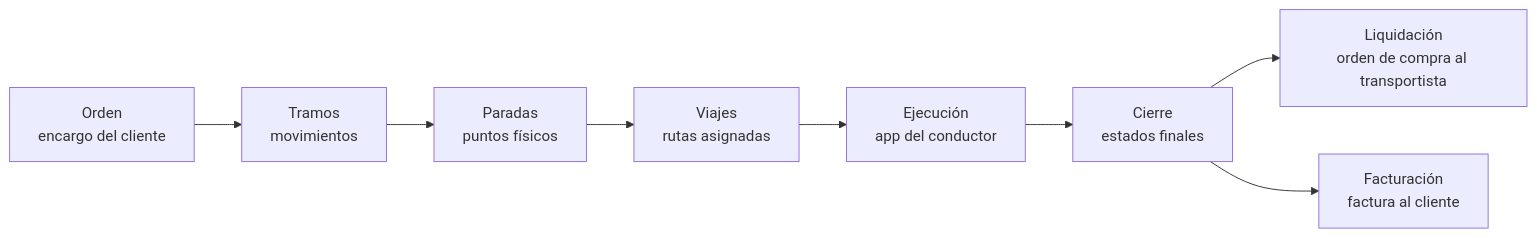
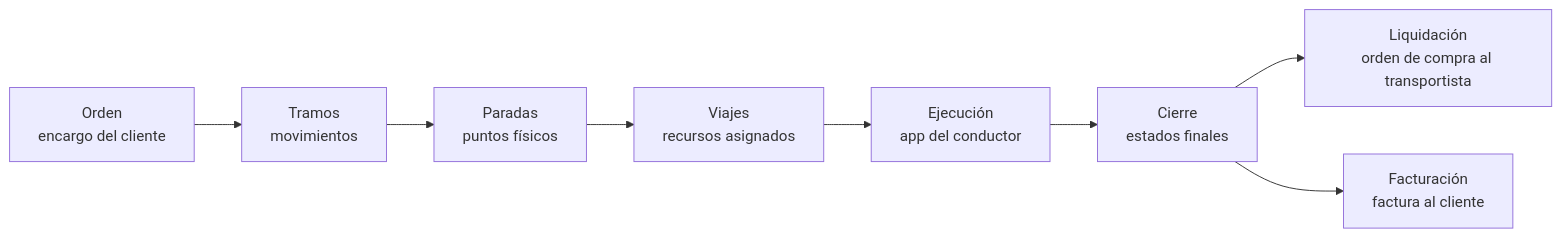
One commit to pacoborrego/guraify-tms-docs changed the diagram in source/17.0/0_product-overview/0_3_how-it-works.rst. Above: the diagram before and after it, drawn with Mermaid. The commit also changed other lines of this file and 120 other files, not shown here.

```diff
--- a/source/17.0/0_product-overview/0_3_how-it-works.rst
+++ b/source/17.0/0_product-overview/0_3_how-it-works.rst
@@ -39,10 +40,10 @@
 .. mermaid::
 
    flowchart LR
        A[Orden<br/>encargo del cliente] --> B[Tramos<br/>movimientos]
        B --> C[Paradas<br/>puntos físicos]
-       C --> D[Viajes<br/>rutas asignadas]
+       C --> D[Viajes<br/>recursos asignados]
        D --> E[Ejecución<br/>app del conductor]
        E --> F[Cierre<br/>estados finales]
        F --> G[Liquidación<br/>orden de compra al transportista]
        F --> H[Facturación<br/>factura al cliente]
```
